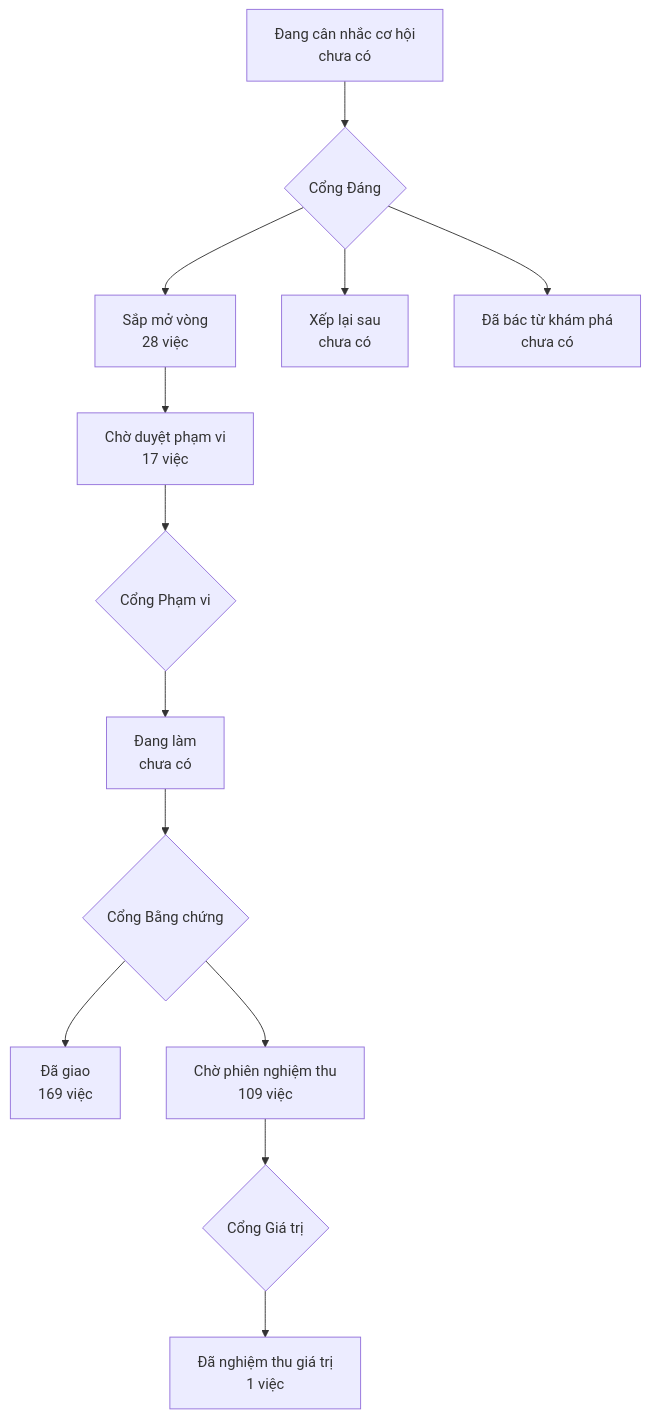
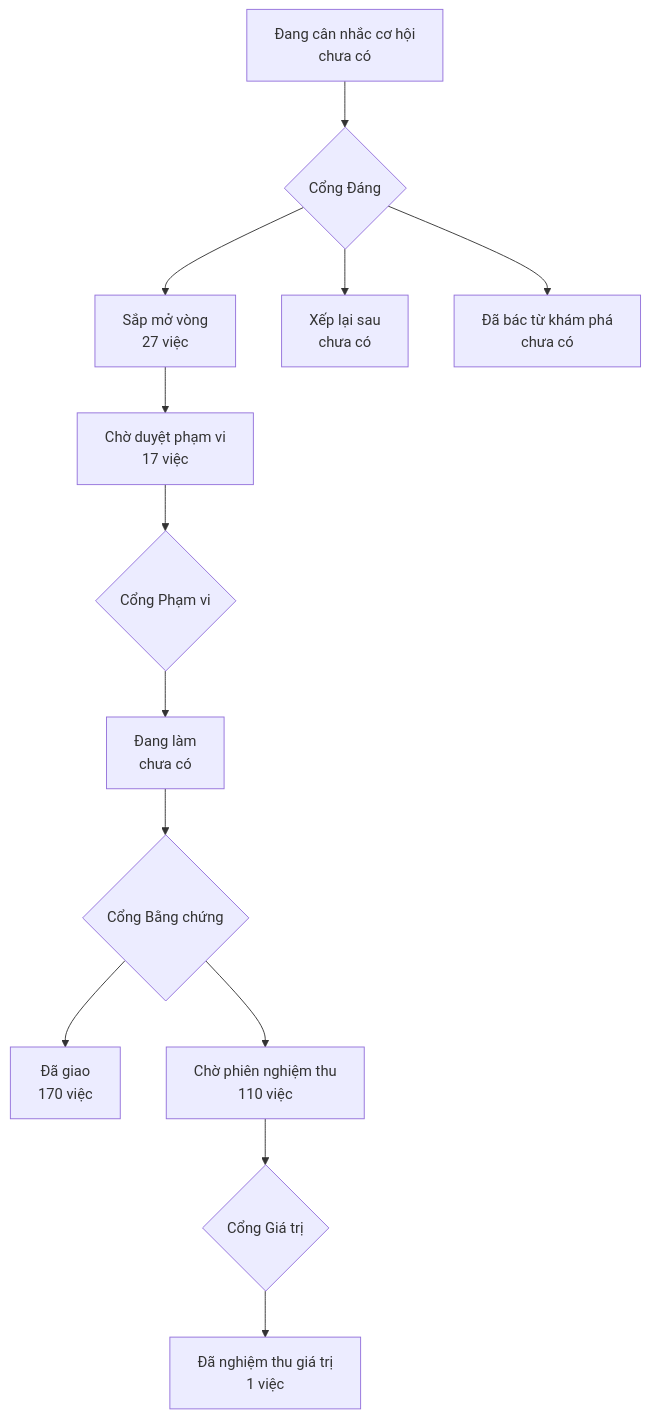
The diagram in PRODUCT-MAP.md (phanlemanh/onehub-invest), drawn with Mermaid before and after one commit. The commit also changed other lines of this file and 1 other file, not shown here.

Commit message:
docs: vẽ lại bản đồ sản phẩm sau gộp main (dau-noi-dung-sql-bai-thu)

````diff
--- a/PRODUCT-MAP.md
+++ b/PRODUCT-MAP.md
@@ -7,12 +7,12 @@
 ```mermaid
 flowchart TD
   A["Đang cân nhắc cơ hội<br/>chưa có"] --> GD{"Cổng Đáng"}
-  GD --> B["Sắp mở vòng<br/>28 việc"]
+  GD --> B["Sắp mở vòng<br/>27 việc"]
   GD --> XL["Xếp lại sau<br/>chưa có"]
   GD --> DB["Đã bác từ khám phá<br/>chưa có"]
   B --> CD["Chờ duyệt phạm vi<br/>17 việc"] --> GP{"Cổng Phạm vi"}
   GP --> DL["Đang làm<br/>chưa có"] --> GB{"Cổng Bằng chứng"}
-  GB --> DG["Đã giao<br/>169 việc"]
-  GB --> CN["Chờ phiên nghiệm thu<br/>109 việc"] --> GG{"Cổng Giá trị"}
+  GB --> DG["Đã giao<br/>170 việc"]
+  GB --> CN["Chờ phiên nghiệm thu<br/>110 việc"] --> GG{"Cổng Giá trị"}
   GG --> NT["Đã nghiệm thu giá trị<br/>1 việc"]
 ```
````
